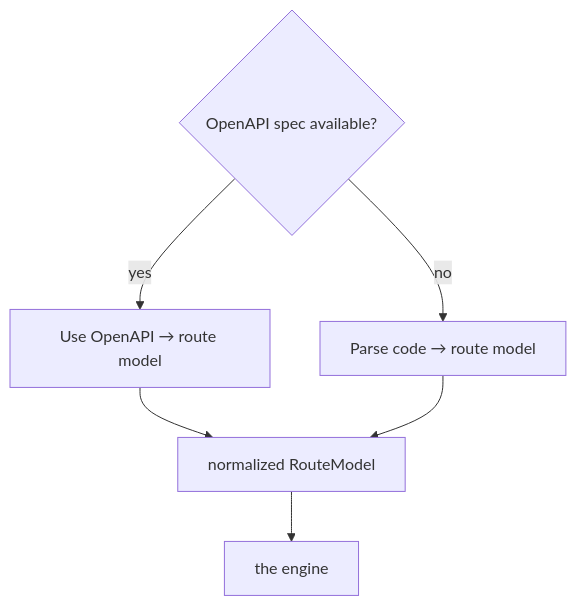
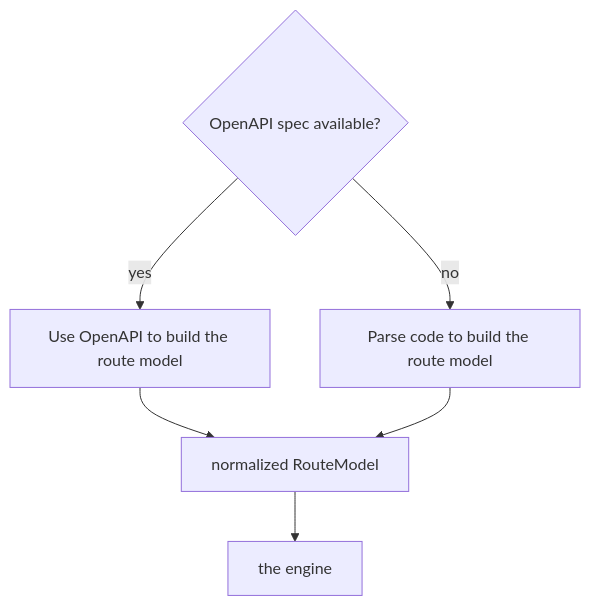
The diagram in docs/architecture/resolver.md (logesh-works/postman-mcp), drawn with Mermaid before and after one commit. The commit also changed other lines of this file and 91 other files, not shown here.

````diff
--- a/docs/architecture/resolver.md
+++ b/docs/architecture/resolver.md
@@ -13,9 +14,9 @@
 ```mermaid
 flowchart TD
     Q{OpenAPI spec available?}
-    Q -- yes --> A[Use OpenAPI → route model]
-    Q -- no --> B[Parse code → route model]
+    Q -- yes --> A[Use OpenAPI to build the route model]
+    Q -- no --> B[Parse code to build the route model]
     A --> N[normalized RouteModel]
     B --> N
     N --> E[the engine]
 ```
````
